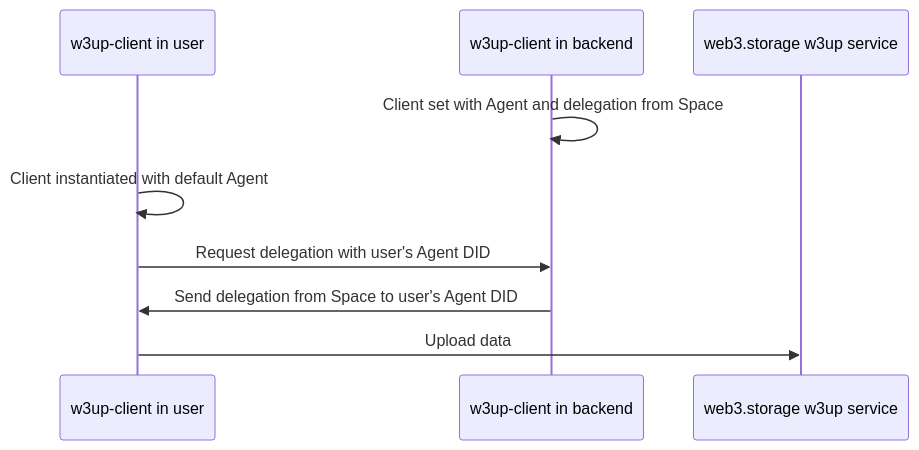
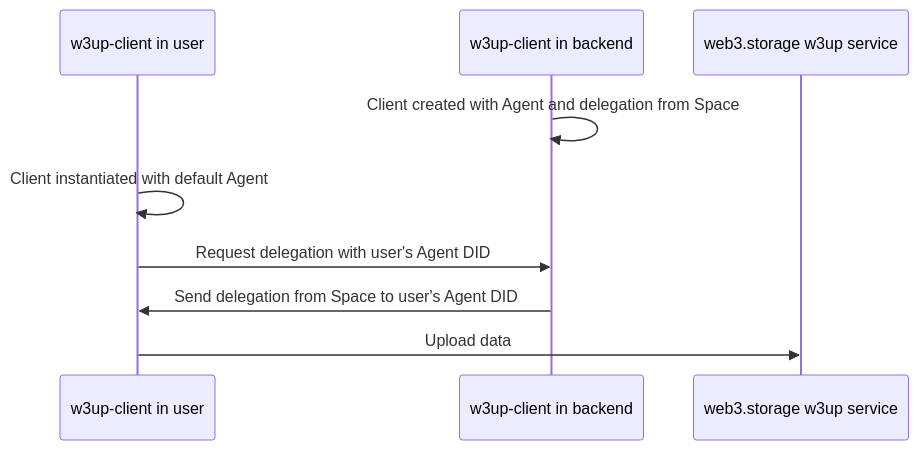
The fourth of 5 diagrams in packages/w3up-client/README.md (storacha/w3up), drawn with Mermaid before and after one commit.

````diff
--- a/packages/w3up-client/README.md
+++ b/packages/w3up-client/README.md
@@ -268,11 +268,11 @@
 ```mermaid
 sequenceDiagram
     participant w3up-client in user
     participant w3up-client in backend
     participant web3.storage w3up service
-    w3up-client in backend->>w3up-client in backend: Client set with Agent and delegation from Space
+    w3up-client in backend->>w3up-client in backend: Client created with Agent and delegation from Space
     w3up-client in user->>w3up-client in user: Client instantiated with default Agent
     w3up-client in user->>w3up-client in backend: Request delegation with user's Agent DID
     w3up-client in backend->>w3up-client in user: Send delegation from Space to user's Agent DID
     w3up-client in user->>web3.storage w3up service: Upload data
 ```
````
